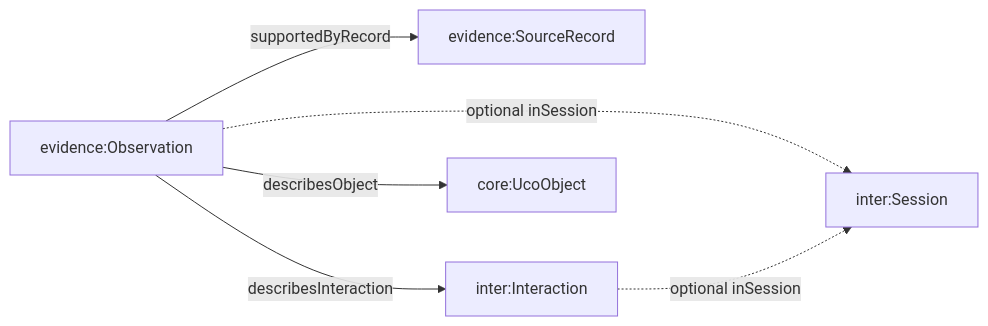
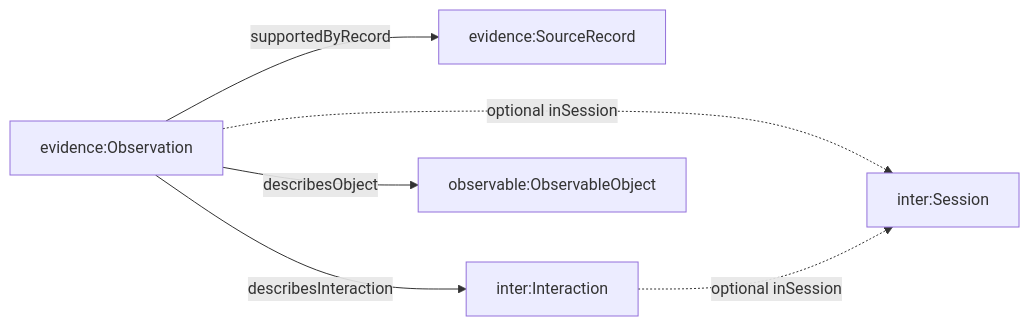
Before and after one commit to OGabiruuu/honeypotOntology: the diagram in docs/observation-model.md, drawn with Mermaid. The commit also changed other lines of this file and 6 other files, not shown here.

````diff
--- a/docs/observation-model.md
+++ b/docs/observation-model.md
@@ -30,8 +30,8 @@
 ```mermaid
 flowchart LR
     O[evidence:Observation] -->|supportedByRecord| R[evidence:SourceRecord]
     O -->|describesInteraction| I[inter:Interaction]
-    O -->|describesObject| D[core:UcoObject]
+    O -->|describesObject| D[observable:ObservableObject]
     O -. optional inSession .-> S[inter:Session]
     I -. optional inSession .-> S
 ```
````
